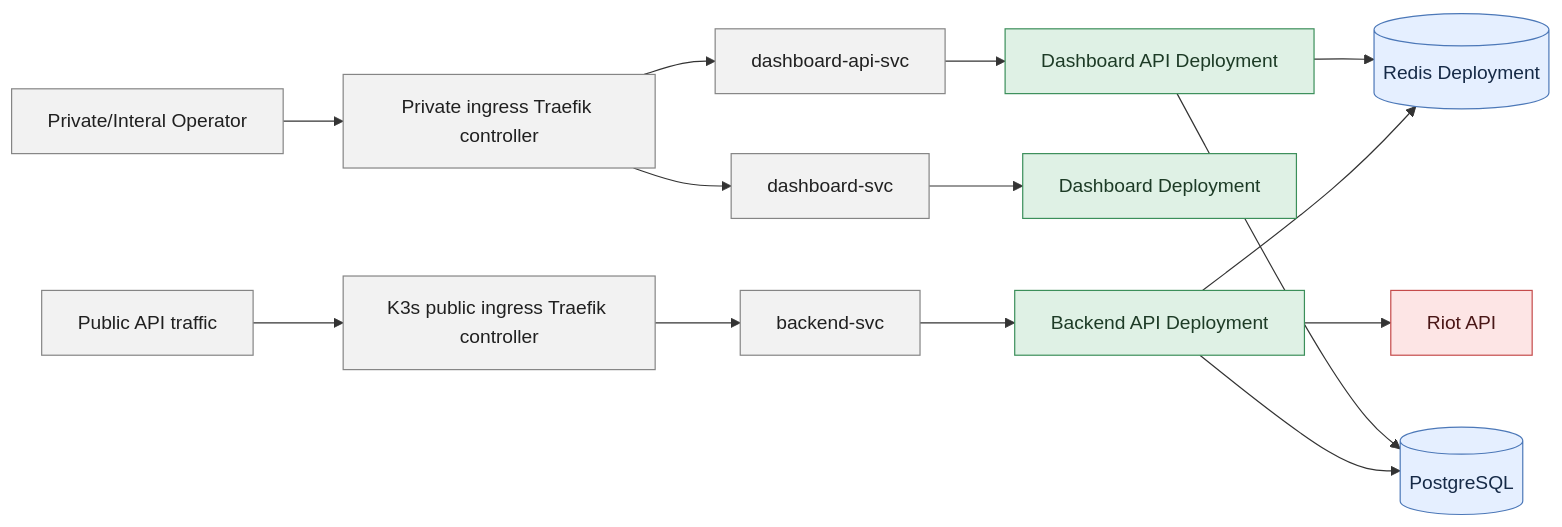
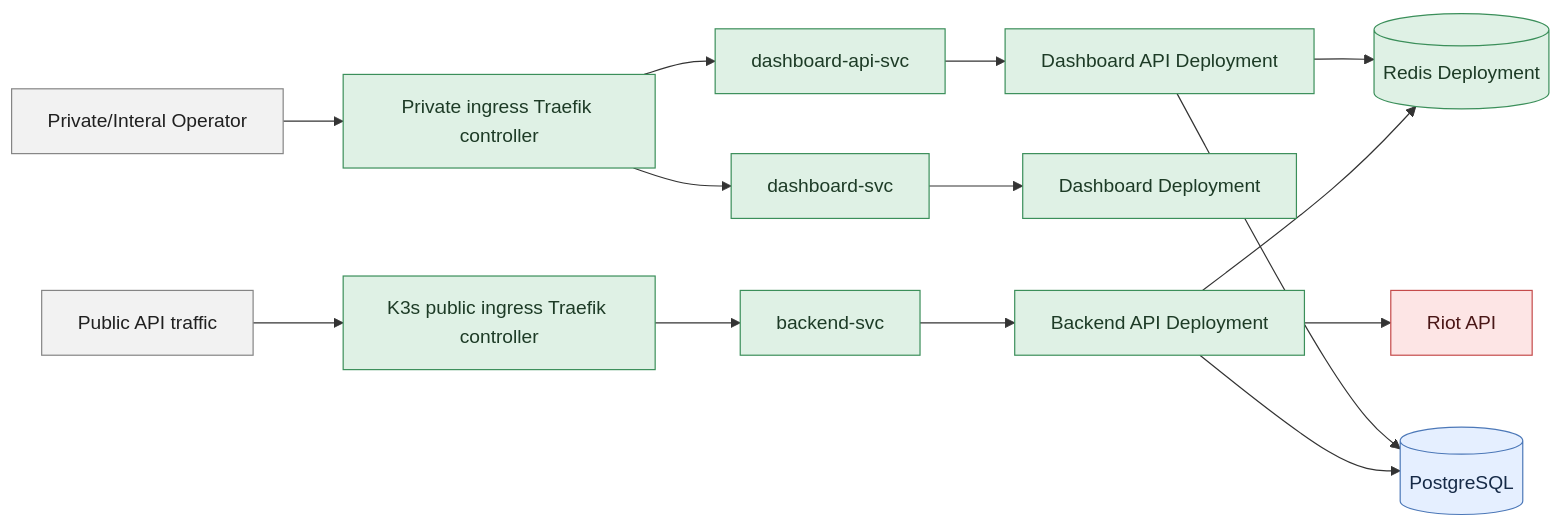
The first of 3 diagrams in docs/kubernetes-runtime.md (winrates-gg/wrgg-public-documentation), drawn with Mermaid before and after one commit. The commit also changed other lines of this file and 2 other files, not shown here.

Commit message:
More cluster resource diagram rendering testing in Github mermaid renderer

````diff
--- a/docs/kubernetes-runtime.md
+++ b/docs/kubernetes-runtime.md
@@ -73,39 +73,39 @@
 ```mermaid
 flowchart LR
     Public[Public API traffic]
     PublicIngress[K3s public ingress Traefik controller]
     BackendService[backend-svc]
     API[Backend API Deployment]
 
     Operator[Private/Interal Operator]
     PrivateIngress[Private ingress Traefik controller]
     DashboardService[dashboard-svc]
     DashboardAPIService[dashboard-api-svc]
     Dashboard[Dashboard Deployment]
     DashboardAPI[Dashboard API Deployment]
 
     Redis[(Redis Deployment)]
     PostgreSQL[(PostgreSQL)]
     Riot[Riot API]
 
     Public --> PublicIngress --> BackendService --> API
     Operator --> PrivateIngress
     PrivateIngress --> DashboardService --> Dashboard
     PrivateIngress --> DashboardAPIService --> DashboardAPI
 
     API --> Redis
     API --> PostgreSQL
     API --> Riot
     DashboardAPI --> Redis
     DashboardAPI --> PostgreSQL
 
     classDef neutral fill:#f2f2f2,stroke:#858585,color:#202020
     classDef app fill:#dff1e5,stroke:#3b8f5a,color:#1d3b26
     classDef aws fill:#e5efff,stroke:#4c78b8,color:#162a47
     classDef external fill:#fde5e5,stroke:#c54b4b,color:#4a1717
 
-    class Public,PublicIngress,BackendService,Operator,PrivateIngress,DashboardService,DashboardAPIService neutral
-    class API,Dashboard,DashboardAPI app
-    class Redis,PostgreSQL aws
+    class Public,Operator neutral
+    class PublicIngress,BackendService,API,PrivateIngress,DashboardService,DashboardAPIService,Dashboard,DashboardAPI,Redis app
+    class PostgreSQL aws
     class Riot external
 ```
````
